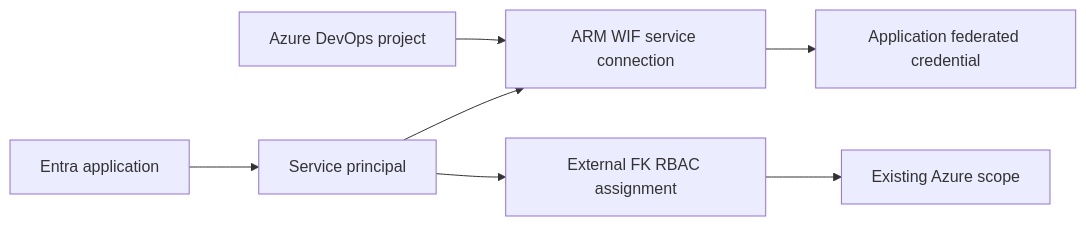
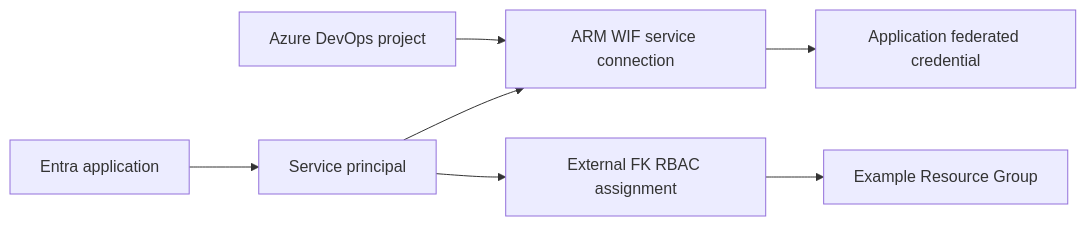
The diagram in examples/01_project_with_oidc_service_connection/README.md (foggykitchen/terraform-az-fk-devops), drawn with Mermaid before and after one commit. The commit also changed other lines of this file and 8 other files, not shown here.

Commit message:
Create example 01 Resource Group following FoggyKitchen convention

````diff
--- a/examples/01_project_with_oidc_service_connection/README.md
+++ b/examples/01_project_with_oidc_service_connection/README.md
@@ -13,9 +13,9 @@
 ```mermaid
 flowchart LR
     P[Azure DevOps project] --> C[ARM WIF service connection]
     A[Entra application] --> S[Service principal]
     S --> C
     C --> F[Application federated credential]
     S --> R[External FK RBAC assignment]
-    R --> T[Existing Azure scope]
+    R --> T[Example Resource Group]
 ```
````
